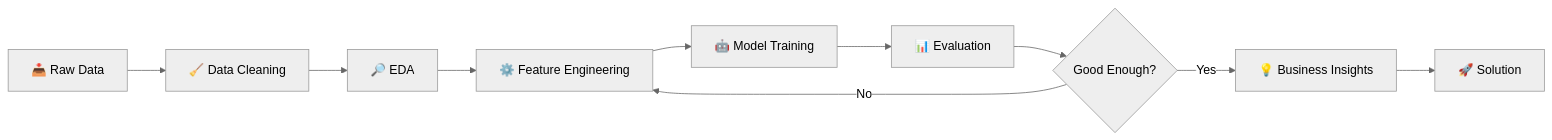
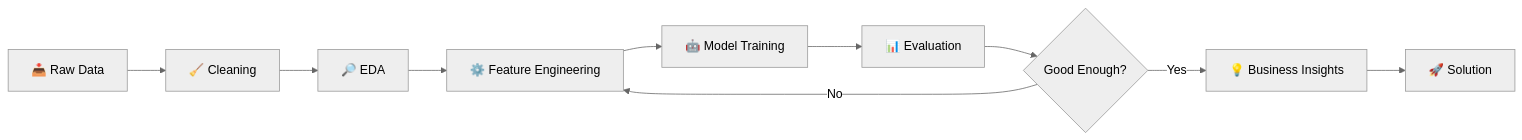
One commit to hiren223/hiren223 changed the diagram in README.md. Above: the diagram before and after it, drawn with Mermaid (neutral theme). The commit also changed other lines of this file, not shown here.

````diff
--- a/README.md
+++ b/README.md
@@ -312,12 +320,13 @@
 ```mermaid
 flowchart LR
-    A[📥 Raw Data] --> B[🧹 Data Cleaning]
-    B --> C[🔎 EDA]
-    C --> D[⚙️ Feature Engineering]
-    D --> E[🤖 Model Training]
-    E --> F[📊 Evaluation]
-    F --> G{Good Enough?}
-    G -->|No| D
-    G -->|Yes| H[💡 Business Insights]
-    H --> I[🚀 Solution]
+
+A[📥 Raw Data] --> B[🧹 Cleaning]
+B --> C[🔎 EDA]
+C --> D[⚙️ Feature Engineering]
+D --> E[🤖 Model Training]
+E --> F[📊 Evaluation]
+F --> G{Good Enough?}
+G -->|No| D
+G -->|Yes| H[💡 Business Insights]
+H --> I[🚀 Solution]
 ```
````
